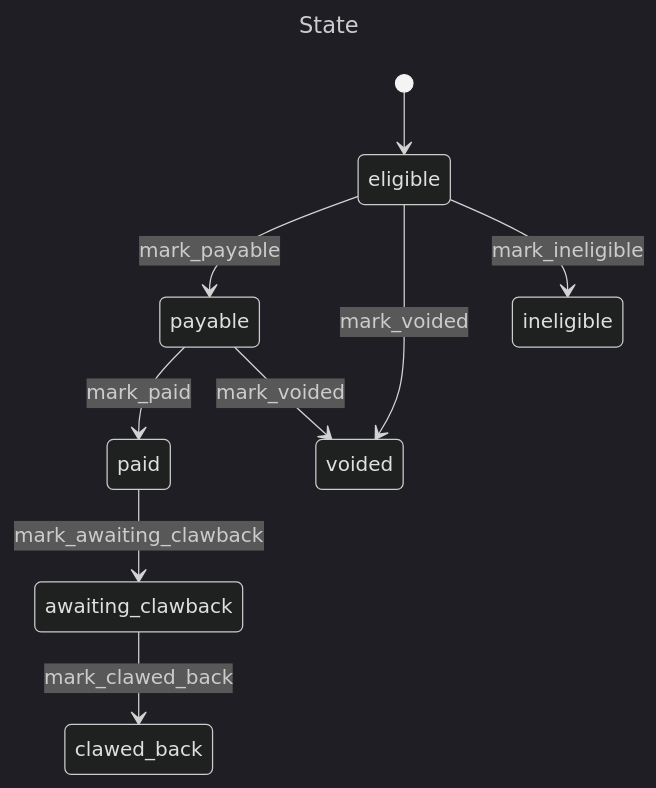
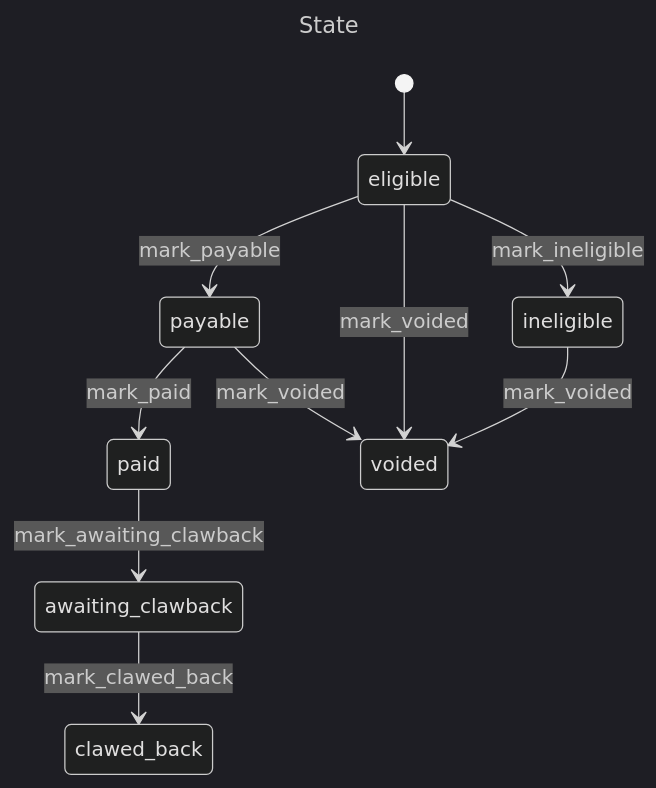
The second of 3 diagrams in docs/state_machines.md (DFE-Digital/npq-registration), drawn with Mermaid (dark theme) before and after one commit. The commit also changed 4 other files, not shown here.

````diff
--- a/docs/state_machines.md
+++ b/docs/state_machines.md
@@ -17,22 +17,23 @@
 ```mermaid
 ---
 title: State
 ---
 stateDiagram-v2
     eligible
     payable
     paid
     voided
     ineligible
     awaiting_clawback
     clawed_back
 
     [*] --> eligible
     eligible --> payable: mark_payable
     payable --> paid: mark_paid
     eligible --> voided: mark_voided
     payable --> voided: mark_voided
     paid --> awaiting_clawback: mark_awaiting_clawback
     awaiting_clawback --> clawed_back: mark_clawed_back
     eligible --> ineligible: mark_ineligible
+    ineligible --> voided: mark_voided
 ```
````
